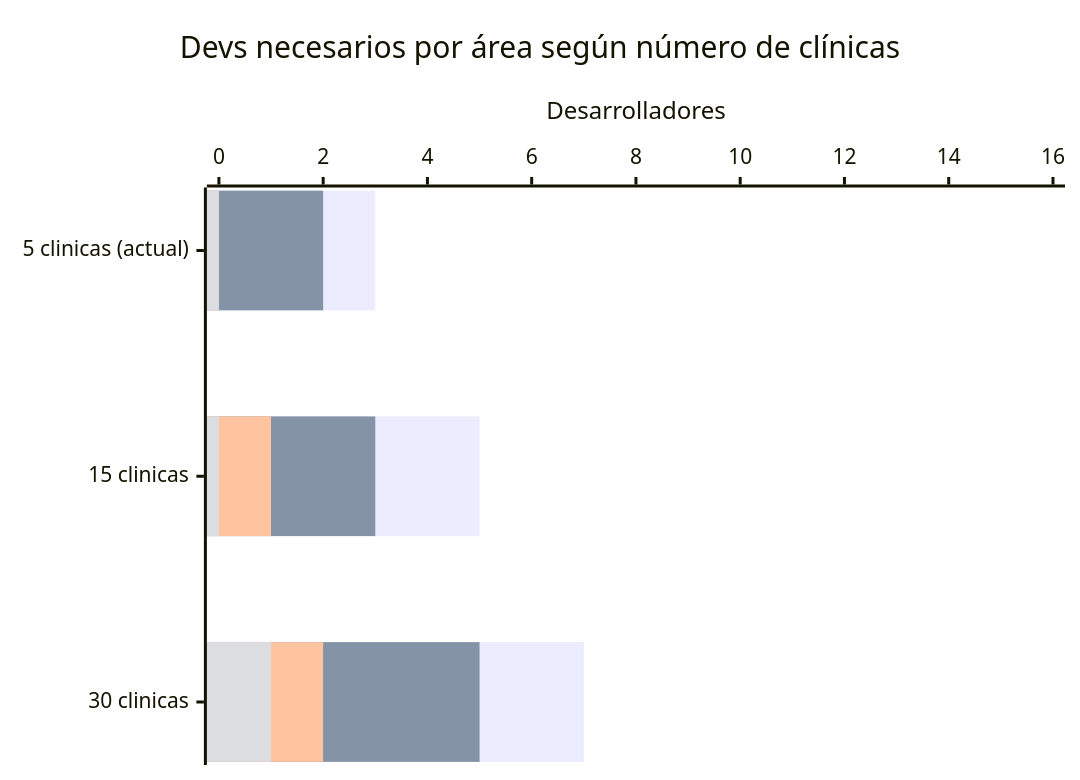
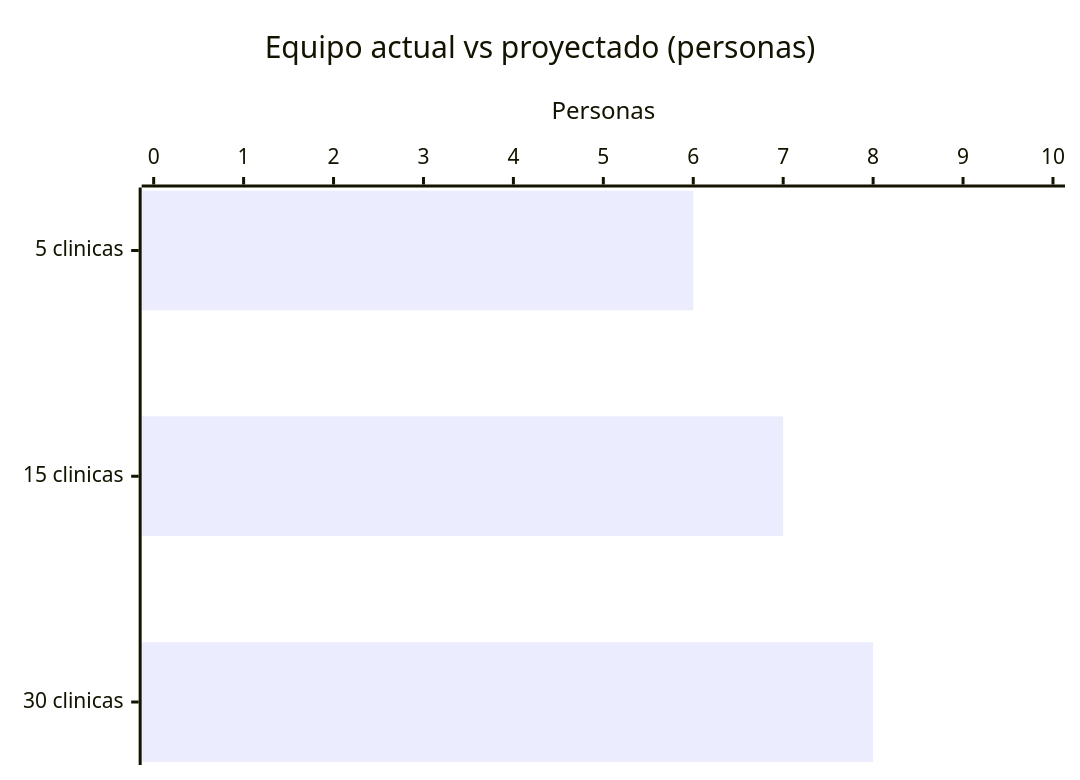
Diagram 18 of 19 in README.md (gmeono94/nua-salud-panel), drawn with Mermaid before and after one commit. The commit also changed other lines of this file, not shown here.

First line of the commit message:
fix: shorten Mermaid labels, fix 5→8 metrics text, rework team scaling

````diff
--- a/README.md
+++ b/README.md
@@ -893,10 +895,7 @@
 ```mermaid
 xychart-beta horizontal
-    title "Devs necesarios por área según número de clínicas"
-    x-axis ["5 clinicas (actual)", "15 clinicas", "30 clinicas"]
-    y-axis "Desarrolladores" 0 --> 16
-    bar "Backend (Node.js)" [3, 5, 7]
-    bar "Frontend + Mobile" [2, 3, 5]
-    bar "Infra / DevOps" [0, 1, 2]
-    bar "Data / Analytics" [0, 0, 1]
+    title "Equipo actual vs proyectado (personas)"
+    x-axis ["5 clinicas", "15 clinicas", "30 clinicas"]
+    y-axis "Personas" 0 --> 10
+    bar "Dev + DevOps" [6, 7, 8]
 ```
````
